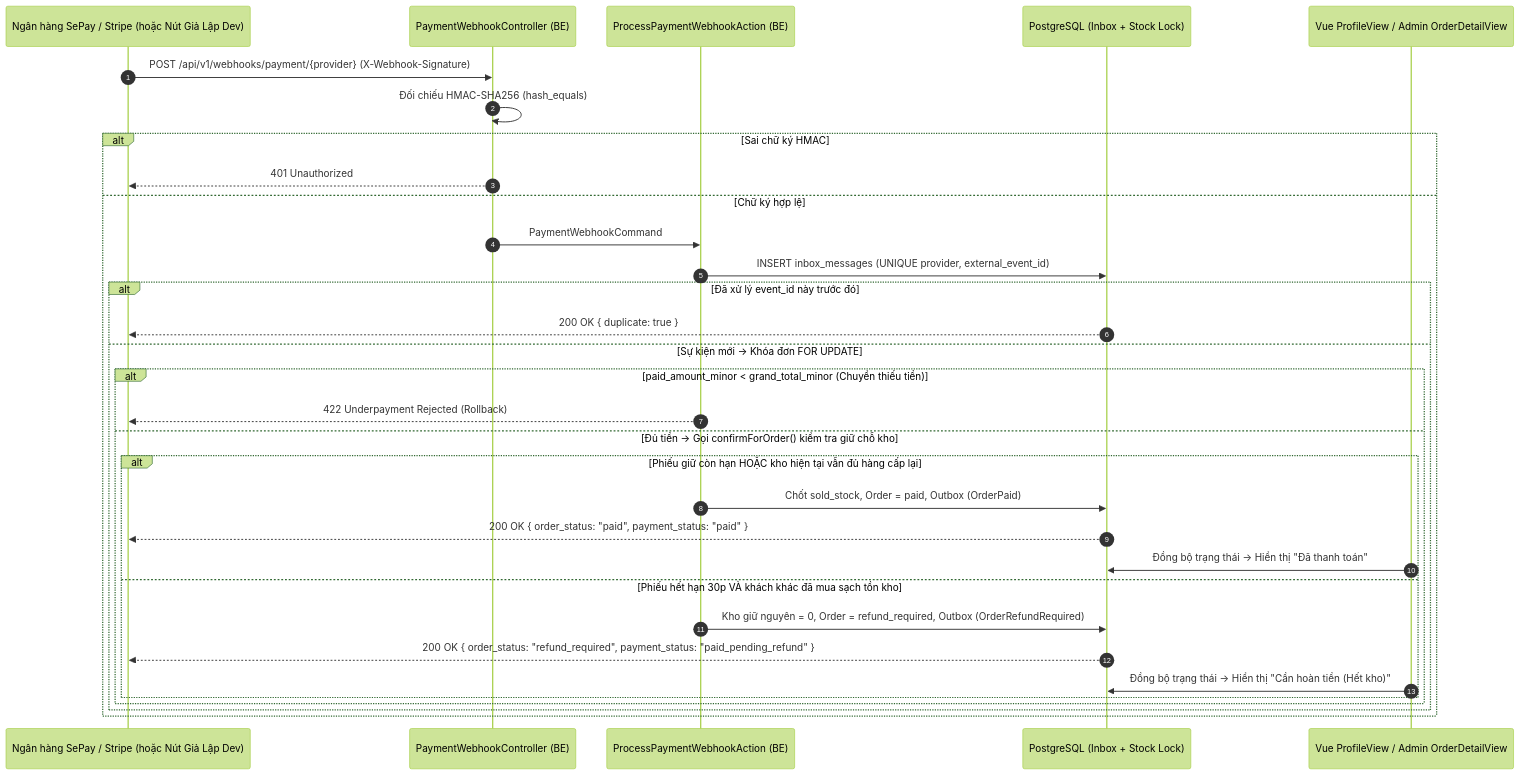
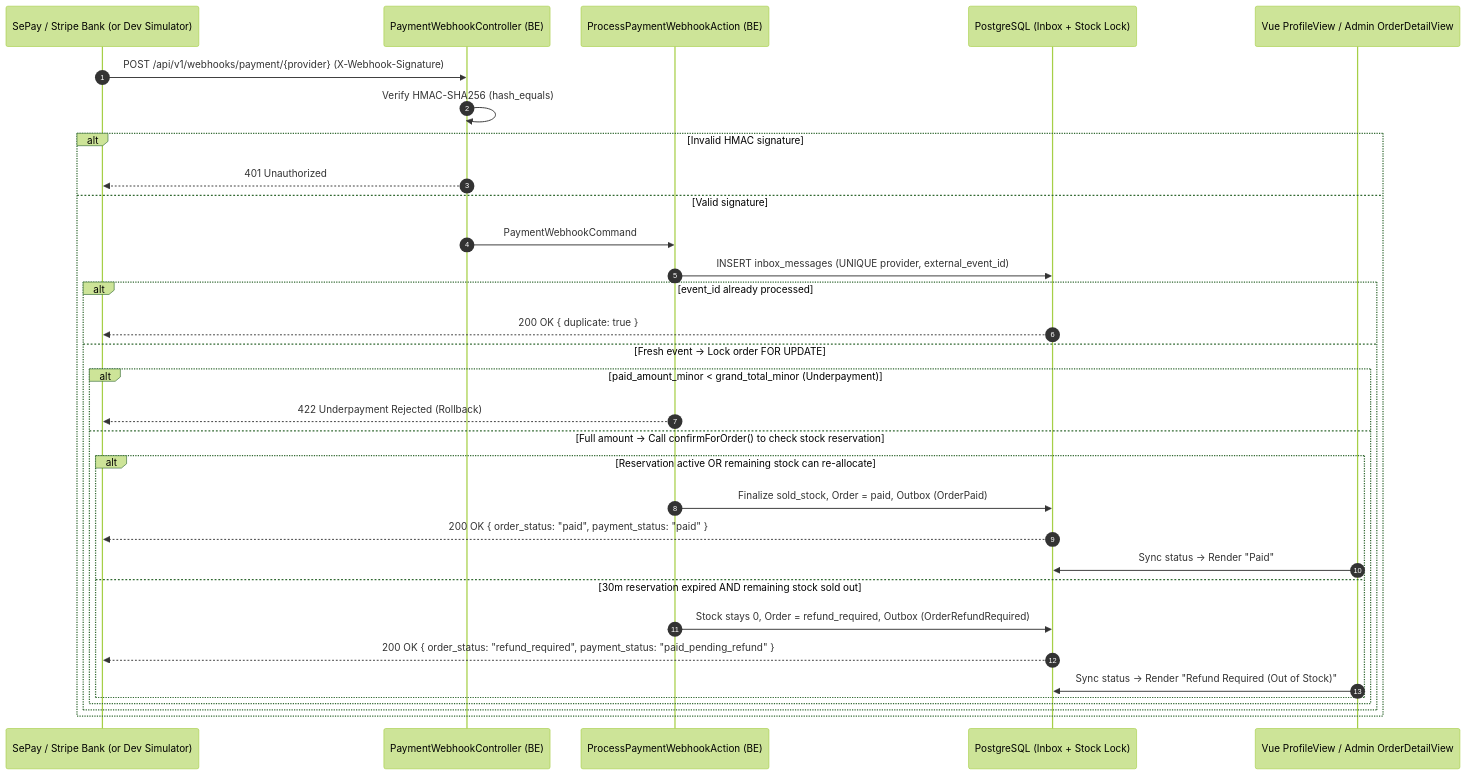
The fourth of 4 diagrams in docs/ARCHITECTURE.md (nguynbon03/VueLaravelProject), drawn with Mermaid (forest theme) before and after one commit. The commit also changed other lines of this file and 36 other files, not shown here.

````diff
--- a/docs/ARCHITECTURE.md
+++ b/docs/ARCHITECTURE.md
@@ -158,35 +176,35 @@
 ```mermaid
 sequenceDiagram
     autonumber
-    participant Bank as Ngân hàng SePay / Stripe (hoặc Nút Giả Lập Dev)
+    participant Bank as SePay / Stripe Bank (or Dev Simulator)
     participant Ctrl as PaymentWebhookController (BE)
     participant Act as ProcessPaymentWebhookAction (BE)
     participant DB as PostgreSQL (Inbox + Stock Lock)
     participant UI as Vue ProfileView / Admin OrderDetailView
 
     Bank->>Ctrl: POST /api/v1/webhooks/payment/{provider} (X-Webhook-Signature)
-    Ctrl->>Ctrl: Đối chiếu HMAC-SHA256 (hash_equals)
-    alt Sai chữ ký HMAC
+    Ctrl->>Ctrl: Verify HMAC-SHA256 (hash_equals)
+    alt Invalid HMAC signature
         Ctrl-->>Bank: 401 Unauthorized
-    else Chữ ký hợp lệ
+    else Valid signature
         Ctrl->>Act: PaymentWebhookCommand
         Act->>DB: INSERT inbox_messages (UNIQUE provider, external_event_id)
-        alt Đã xử lý event_id này trước đó
+        alt event_id already processed
             DB-->>Bank: 200 OK { duplicate: true }
-        else Sự kiện mới -> Khóa đơn FOR UPDATE
-            alt paid_amount_minor < grand_total_minor (Chuyển thiếu tiền)
+        else Fresh event -> Lock order FOR UPDATE
+            alt paid_amount_minor < grand_total_minor (Underpayment)
                 Act-->>Bank: 422 Underpayment Rejected (Rollback)
-            else Đủ tiền -> Gọi confirmForOrder() kiểm tra giữ chỗ kho
-                alt Phiếu giữ còn hạn HOẶC kho hiện tại vẫn đủ hàng cấp lại
-                    Act->>DB: Chốt sold_stock, Order = paid, Outbox (OrderPaid)
+            else Full amount -> Call confirmForOrder() to check stock reservation
+                alt Reservation active OR remaining stock can re-allocate
+                    Act->>DB: Finalize sold_stock, Order = paid, Outbox (OrderPaid)
                     DB-->>Bank: 200 OK { order_status: "paid", payment_status: "paid" }
-                    UI->>DB: Đồng bộ trạng thái -> Hiển thị "Đã thanh toán"
-                else Phiếu hết hạn 30p VÀ khách khác đã mua sạch tồn kho
-                    Act->>DB: Kho giữ nguyên = 0, Order = refund_required, Outbox (OrderRefundRequired)
+                    UI->>DB: Sync status -> Render "Paid"
+                else 30m reservation expired AND remaining stock sold out
+                    Act->>DB: Stock stays 0, Order = refund_required, Outbox (OrderRefundRequired)
                     DB-->>Bank: 200 OK { order_status: "refund_required", payment_status: "paid_pending_refund" }
-                    UI->>DB: Đồng bộ trạng thái -> Hiển thị "Cần hoàn tiền (Hết kho)"
+                    UI->>DB: Sync status -> Render "Refund Required (Out of Stock)"
                 end
             end
         end
     end
 ```
````
